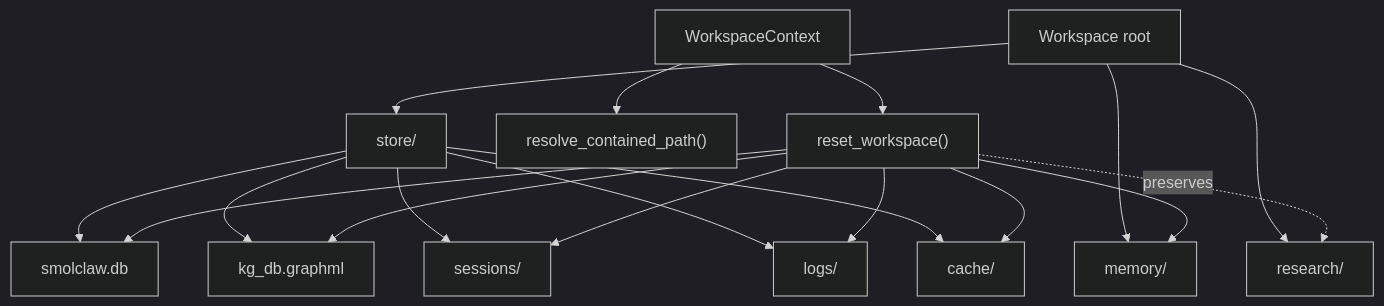
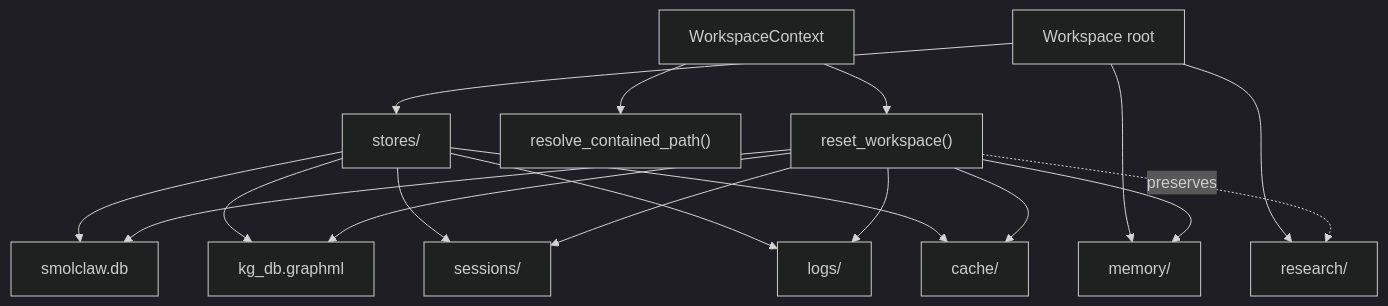
One commit to OrderAndCh4oS/smolclaw changed the third of 5 diagrams in docs/architecture-runtime.md. Above: the diagram before and after it, drawn with Mermaid (dark theme). The commit also changed other lines of this file and 8 other files, not shown here.

````diff
--- a/docs/architecture-runtime.md
+++ b/docs/architecture-runtime.md
@@ -112,23 +112,23 @@
 ```mermaid
 flowchart TD
-    ROOT["Workspace root"] --> STORE["store/"]
+    ROOT["Workspace root"] --> STORE["stores/"]
     ROOT --> MEM["memory/"]
     ROOT --> RESEARCH["research/"]
 
     STORE --> DB["smolclaw.db"]
     STORE --> KG["kg_db.graphml"]
     STORE --> SESS["sessions/"]
     STORE --> LOGS["logs/"]
     STORE --> CACHE["cache/"]
 
     WS["WorkspaceContext"] --> RESOLVE["resolve_contained_path()"]
     WS --> RESET["reset_workspace()"]
 
     RESET --> DB
     RESET --> KG
     RESET --> SESS
     RESET --> MEM
     RESET --> LOGS
     RESET --> CACHE
     RESET -. preserves .-> RESEARCH
 ```
````
